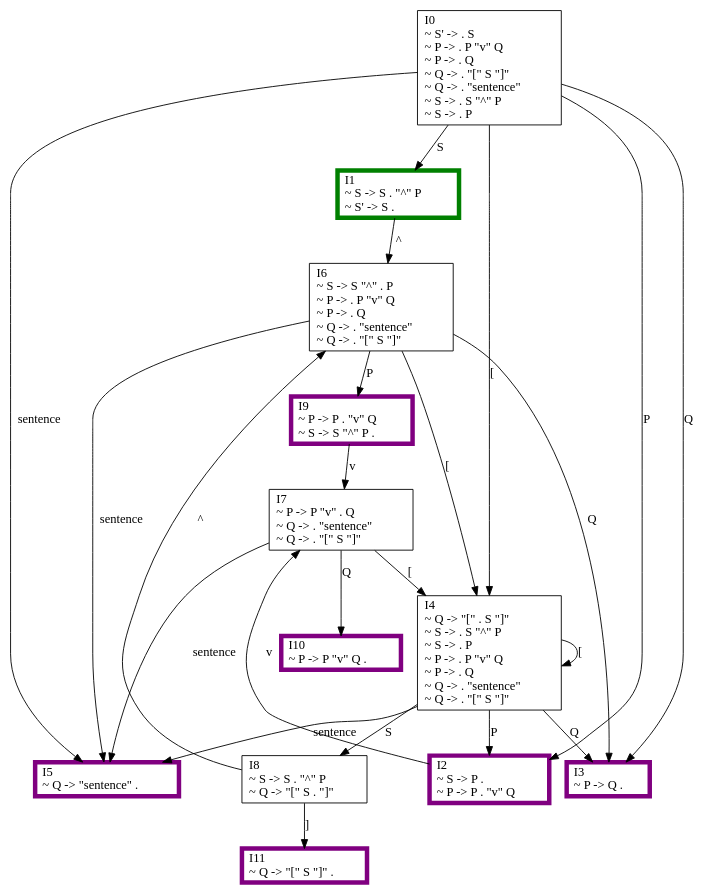
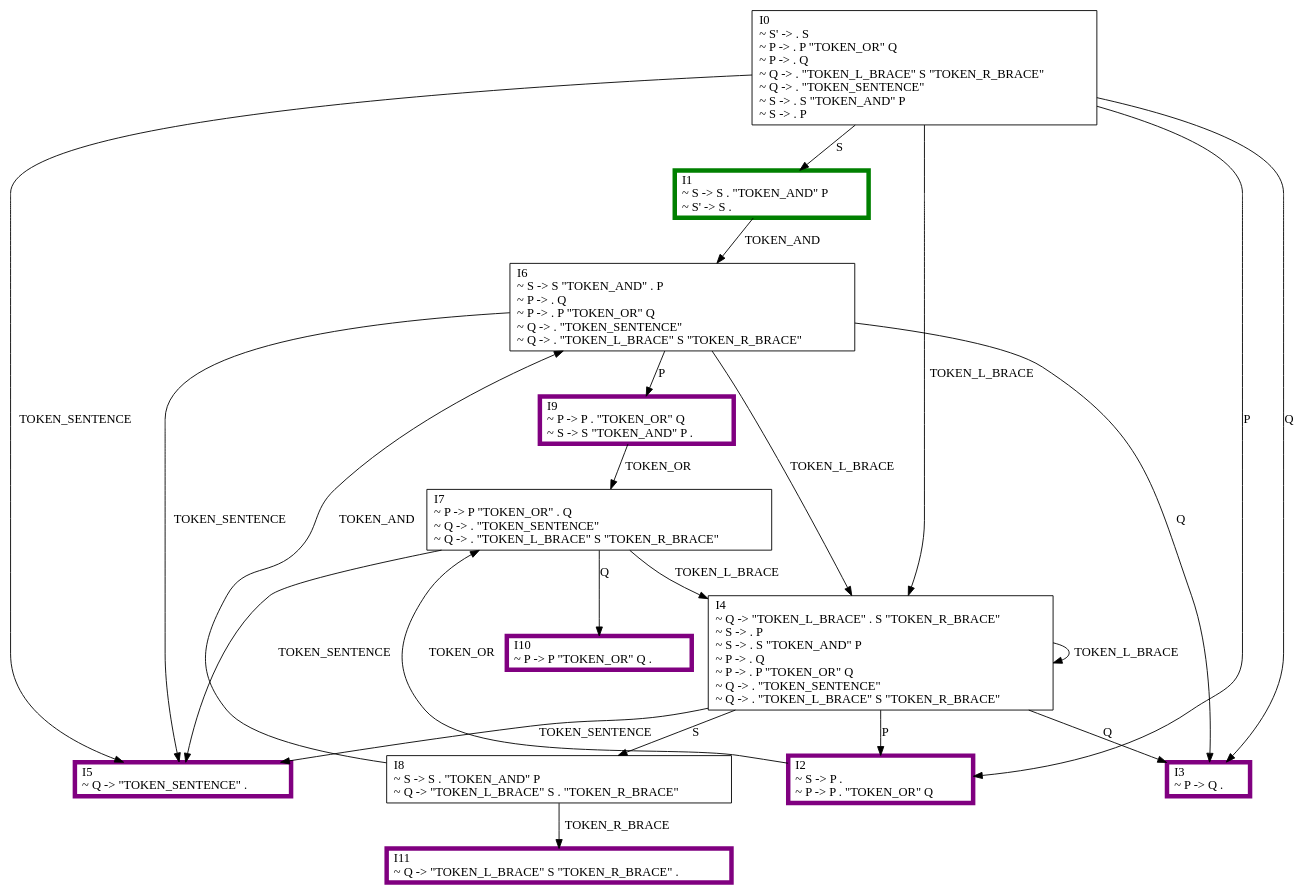
The diagram in graph/slr.dot (MarchMol/syntax_analyzer), drawn with Graphviz before and after one commit. The commit also changed 3 other files, not shown here.

```diff
--- a/graph/slr.dot
+++ b/graph/slr.dot
@@ -1,36 +1,36 @@
 digraph {
-    0 [ label = "I0\l~ S' -> . S \l~ P -> . P \"v\" Q \l~ P -> . Q \l~ Q -> . \"[\" S \"]\" \l~ Q -> . \"sentence\" \l~ S -> . S \"^\" P \l~ S -> . P \l" shape=box]
-    1 [ label = "I7\l~ P -> P \"v\" . Q \l~ Q -> . \"sentence\" \l~ Q -> . \"[\" S \"]\" \l" shape=box]
-    2 [ label = "I8\l~ S -> S . \"^\" P \l~ Q -> \"[\" S . \"]\" \l" shape=box]
-    3 [ label = "I6\l~ S -> S \"^\" . P \l~ P -> . P \"v\" Q \l~ P -> . Q \l~ Q -> . \"sentence\" \l~ Q -> . \"[\" S \"]\" \l" shape=box]
-    4 [ label = "I1\l~ S -> S . \"^\" P \l~ S' -> S . \l" shape=box, color=green, penwidth=5]
-    5 [ label = "I9\l~ P -> P . \"v\" Q \l~ S -> S \"^\" P . \l" shape=box, color=purple, penwidth=5]
-    6 [ label = "I4\l~ Q -> \"[\" . S \"]\" \l~ S -> . S \"^\" P \l~ S -> . P \l~ P -> . P \"v\" Q \l~ P -> . Q \l~ Q -> . \"sentence\" \l~ Q -> . \"[\" S \"]\" \l" shape=box]
-    7 [ label = "I2\l~ S -> P . \l~ P -> P . \"v\" Q \l" shape=box, color=purple, penwidth=5]
-    8 [ label = "I3\l~ P -> Q . \l" shape=box, color=purple, penwidth=5]
-    9 [ label = "I5\l~ Q -> \"sentence\" . \l" shape=box, color=purple, penwidth=5]
-    10 [ label = "I10\l~ P -> P \"v\" Q . \l" shape=box, color=purple, penwidth=5]
-    11 [ label = "I11\l~ Q -> \"[\" S \"]\" . \l" shape=box, color=purple, penwidth=5]
-    0 -> 4 [ label = "S" ]
-    0 -> 7 [ label = "P" ]
-    0 -> 8 [ label = "Q" ]
-    0 -> 9 [ label = "sentence" ]
-    0 -> 6 [ label = "[" ]
-    1 -> 6 [ label = "[" ]
-    1 -> 9 [ label = "sentence" ]
-    1 -> 10 [ label = "Q" ]
-    2 -> 11 [ label = "]" ]
-    2 -> 3 [ label = "^" ]
-    3 -> 5 [ label = "P" ]
-    3 -> 8 [ label = "Q" ]
-    3 -> 9 [ label = "sentence" ]
-    3 -> 6 [ label = "[" ]
-    4 -> 3 [ label = "^" ]
-    5 -> 1 [ label = "v" ]
-    6 -> 9 [ label = "sentence" ]
-    6 -> 6 [ label = "[" ]
-    6 -> 2 [ label = "S" ]
-    6 -> 7 [ label = "P" ]
-    6 -> 8 [ label = "Q" ]
-    7 -> 1 [ label = "v" ]
+    0 [ label = "I1\l~ S -> S . \"TOKEN_AND\" P \l~ S' -> S . \l" shape=box, color=green, penwidth=5]
+    1 [ label = "I9\l~ P -> P . \"TOKEN_OR\" Q \l~ S -> S \"TOKEN_AND\" P . \l" shape=box, color=purple, penwidth=5]
+    2 [ label = "I8\l~ S -> S . \"TOKEN_AND\" P \l~ Q -> \"TOKEN_L_BRACE\" S . \"TOKEN_R_BRACE\" \l" shape=box]
+    3 [ label = "I2\l~ S -> P . \l~ P -> P . \"TOKEN_OR\" Q \l" shape=box, color=purple, penwidth=5]
+    4 [ label = "I4\l~ Q -> \"TOKEN_L_BRACE\" . S \"TOKEN_R_BRACE\" \l~ S -> . P \l~ S -> . S \"TOKEN_AND\" P \l~ P -> . Q \l~ P -> . P \"TOKEN_OR\" Q \l~ Q -> . \"TOKEN_SENTENCE\" \l~ Q -> . \"TOKEN_L_BRACE\" S \"TOKEN_R_BRACE\" \l" shape=box]
+    5 [ label = "I6\l~ S -> S \"TOKEN_AND\" . P \l~ P -> . Q \l~ P -> . P \"TOKEN_OR\" Q \l~ Q -> . \"TOKEN_SENTENCE\" \l~ Q -> . \"TOKEN_L_BRACE\" S \"TOKEN_R_BRACE\" \l" shape=box]
+    6 [ label = "I0\l~ S' -> . S \l~ P -> . P \"TOKEN_OR\" Q \l~ P -> . Q \l~ Q -> . \"TOKEN_L_BRACE\" S \"TOKEN_R_BRACE\" \l~ Q -> . \"TOKEN_SENTENCE\" \l~ S -> . S \"TOKEN_AND\" P \l~ S -> . P \l" shape=box]
+    7 [ label = "I7\l~ P -> P \"TOKEN_OR\" . Q \l~ Q -> . \"TOKEN_SENTENCE\" \l~ Q -> . \"TOKEN_L_BRACE\" S \"TOKEN_R_BRACE\" \l" shape=box]
+    8 [ label = "I11\l~ Q -> \"TOKEN_L_BRACE\" S \"TOKEN_R_BRACE\" . \l" shape=box, color=purple, penwidth=5]
+    9 [ label = "I3\l~ P -> Q . \l" shape=box, color=purple, penwidth=5]
+    10 [ label = "I5\l~ Q -> \"TOKEN_SENTENCE\" . \l" shape=box, color=purple, penwidth=5]
+    11 [ label = "I10\l~ P -> P \"TOKEN_OR\" Q . \l" shape=box, color=purple, penwidth=5]
+    0 -> 5 [ label = "TOKEN_AND" ]
+    1 -> 7 [ label = "TOKEN_OR" ]
+    2 -> 5 [ label = "TOKEN_AND" ]
+    2 -> 8 [ label = "TOKEN_R_BRACE" ]
+    3 -> 7 [ label = "TOKEN_OR" ]
+    4 -> 9 [ label = "Q" ]
+    4 -> 4 [ label = "TOKEN_L_BRACE" ]
+    4 -> 10 [ label = "TOKEN_SENTENCE" ]
+    4 -> 2 [ label = "S" ]
+    4 -> 3 [ label = "P" ]
+    5 -> 9 [ label = "Q" ]
+    5 -> 10 [ label = "TOKEN_SENTENCE" ]
+    5 -> 1 [ label = "P" ]
+    5 -> 4 [ label = "TOKEN_L_BRACE" ]
+    6 -> 10 [ label = "TOKEN_SENTENCE" ]
+    6 -> 3 [ label = "P" ]
+    6 -> 0 [ label = "S" ]
+    6 -> 4 [ label = "TOKEN_L_BRACE" ]
+    6 -> 9 [ label = "Q" ]
+    7 -> 4 [ label = "TOKEN_L_BRACE" ]
+    7 -> 11 [ label = "Q" ]
+    7 -> 10 [ label = "TOKEN_SENTENCE" ]
 }
```
